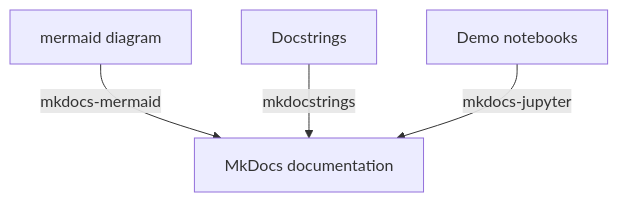
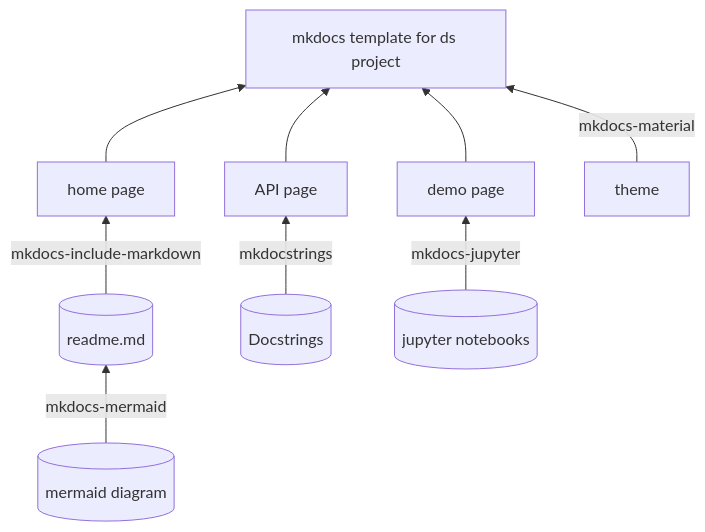
The diagram in README.md (leowu4ever/MkDocs-template-data-science), drawn with Mermaid before and after one commit. The commit also changed other lines of this file and 1 other file, not shown here.

Commit message:
- rewrite the readme - added comments to .yml

````diff
--- a/README.md
+++ b/README.md
@@ -9,12 +9,23 @@
 ```mermaid
 %%{init: {'theme':'default'}}%%
-flowchart
-mermaid[mermaid diagram]
-docstring[Docstrings]
-demo[Demo notebooks]
-doc[MkDocs documentation]
+flowchart BT
 
-mermaid --mkdocs-mermaid--> doc
-docstring --mkdocstrings--> doc
-demo --mkdocs-jupyter--> doc
+home[home page]
+api[API page]
+demo[demo page]
+readme[(readme.md)]
+mermaid[(mermaid diagram)]
+docstring[(Docstrings)]
+jupyter[(jupyter notebooks)]
+template[mkdocs template for ds project]
+theme[theme]
+
+home -->template
+api-->template
+demo-->template
+readme --mkdocs-include-markdown-->home
+mermaid --mkdocs-mermaid--> readme
+docstring --mkdocstrings--> api
+jupyter --mkdocs-jupyter--> demo
+theme --mkdocs-material-->template
 ```
````
